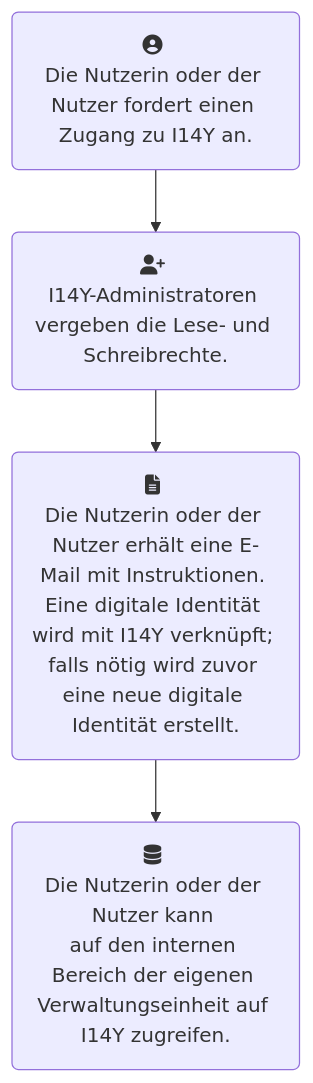
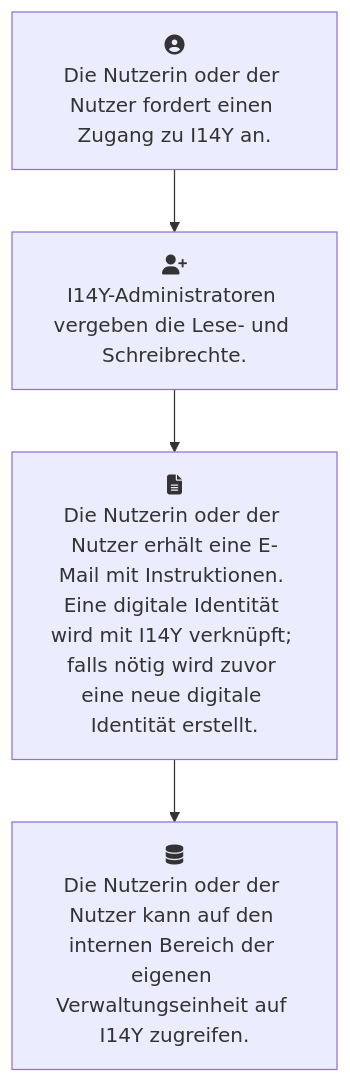
One commit to I14Y-ch/handbook changed the diagram in content/de/plattform/kontenverwaltung.md. Above: the diagram before and after it, drawn with Mermaid. The commit also changed other lines of this file and 3 other files, not shown here.

````diff
--- a/content/de/plattform/kontenverwaltung.md
+++ b/content/de/plattform/kontenverwaltung.md
@@ -12,11 +12,11 @@
 ```mermaid
 flowchart TD
-    user(fa:fa-user-circle \nDie Nutzerin oder der Nutzer fordert einen Zugang zu I14Y an.)
-    account(fa:fa-user-plus \nI14Y-Administratoren vergeben die Lese- und Schreibrechte.)
-    code(fa:fa-file-text \nDie Nutzerin oder der Nutzer erhält eine E-Mail mit Instruktionen. Eine digitale Identität wird mit I14Y verknüpft; falls nötig wird zuvor eine neue digitale Identität erstellt.)
-    i14y(fa:fa-database \nDie Nutzerin oder der Nutzer kann \nauf den internen Bereich der eigenen Verwaltungseinheit auf I14Y zugreifen.)
+    user["fa:fa-user-circle<br/>Die Nutzerin oder der Nutzer fordert einen Zugang zu I14Y an."]
+    account["fa:fa-user-plus<br/>I14Y-Administratoren vergeben die Lese- und Schreibrechte."]
+    code["fa:fa-file-text<br/>Die Nutzerin oder der Nutzer erhält eine E-Mail mit Instruktionen. Eine digitale Identität wird mit I14Y verknüpft; falls nötig wird zuvor eine neue digitale Identität erstellt."]
+    i14y["fa:fa-database<br/>Die Nutzerin oder der Nutzer kann auf den internen Bereich der eigenen Verwaltungseinheit auf I14Y zugreifen."]
 
 user-->account
 account-->code
 code-->i14y
 ```
````
